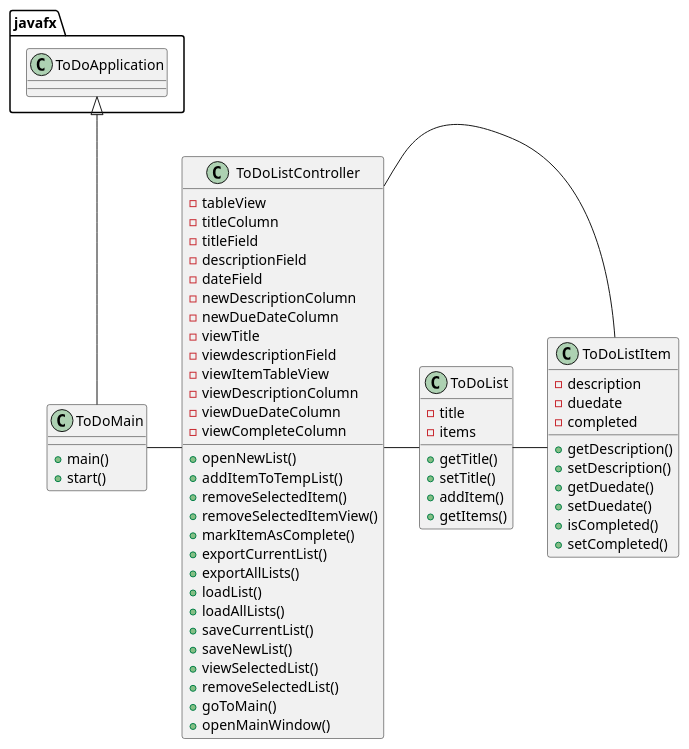
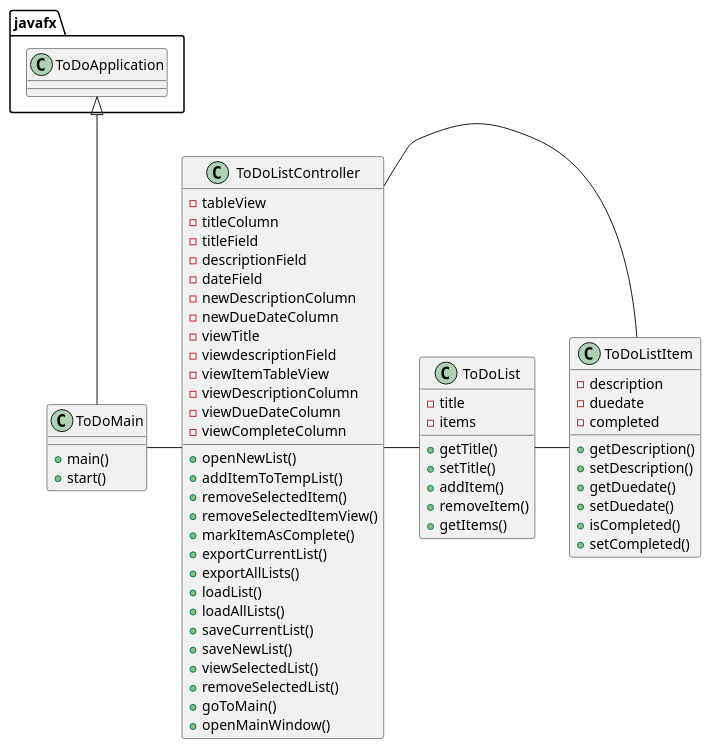
One commit to ColinMitchellGit/mitchell-cop3330-assignment4 changed the diagram in uml/ToDoClasses.puml. Above: the diagram before and after it, drawn with PlantUML. The commit also changed 2 other files, not shown here.

```diff
--- a/uml/ToDoClasses.puml
+++ b/uml/ToDoClasses.puml
@@ -1,72 +1,73 @@
 @startuml
 
 class ToDoMain {
     + main()
     + start()
 }
 
 class ToDoListController {
     - tableView
     - titleColumn
     - titleField
     - descriptionField
     - dateField
     - newDescriptionColumn
     - newDueDateColumn
     - viewTitle
     - viewdescriptionField
     - viewItemTableView
     - viewDescriptionColumn
     - viewDueDateColumn
     - viewCompleteColumn
 
     + openNewList()
     + addItemToTempList()
     + removeSelectedItem()
     + removeSelectedItemView()
     + markItemAsComplete()
     + exportCurrentList()
     + exportAllLists()
     + loadList()
     + loadAllLists()
     + saveCurrentList()
     + saveNewList()
     + viewSelectedList()
     + removeSelectedList()
     + goToMain()
     + openMainWindow()
 }
 
 class ToDoList {
     - title
     - items
 
     + getTitle()
     + setTitle()
     + addItem()
+    + removeItem()
     + getItems()
 }
 
 class ToDoListItem {
     - description
     - duedate
     - completed
 
     + getDescription()
     + setDescription()
     + getDuedate()
     + setDuedate()
     + isCompleted()
     + setCompleted()
 }
 
 javafx.ToDoApplication <|-- ToDoMain
 
 ToDoMain - ToDoListController
 
 ToDoListController - ToDoList
 
 ToDoListItem - ToDoListController
 ToDoList - ToDoListItem
 
 @enduml
```
